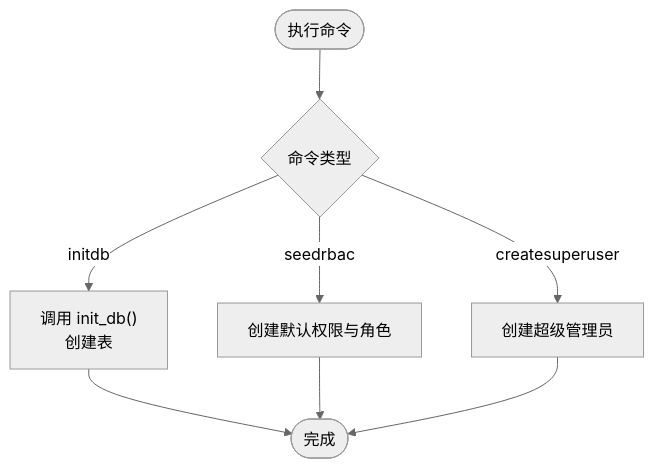
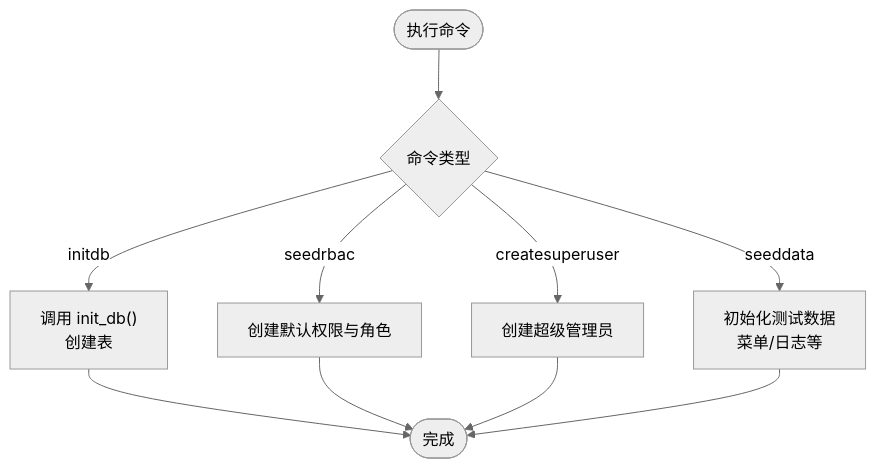
One commit to taoweidong/Hello-FastApi changed the sixth of 7 diagrams in .qoder/repowiki/zh/content/数据库设计/数据库设计.md. Above: the diagram before and after it, drawn with Mermaid (neutral theme). The commit also changed other lines of this file and 71 other files, not shown here.

````diff
--- a/.qoder/repowiki/zh/content/数据库设计/数据库设计.md
+++ b/.qoder/repowiki/zh/content/数据库设计/数据库设计.md
@@ -283,10 +371,12 @@
 ```mermaid
 flowchart TD
 Start(["执行命令"]) --> Cmd{"命令类型"}
 Cmd --> |initdb| Init["调用 init_db()<br/>创建表"]
 Cmd --> |seedrbac| Seed["创建默认权限与角色"]
 Cmd --> |createsuperuser| Super["创建超级管理员"]
+Cmd --> |seeddata| TestData["初始化测试数据<br/>菜单/日志等"]
 Init --> Done(["完成"])
 Seed --> Done
 Super --> Done
+TestData --> Done
 ```
````
